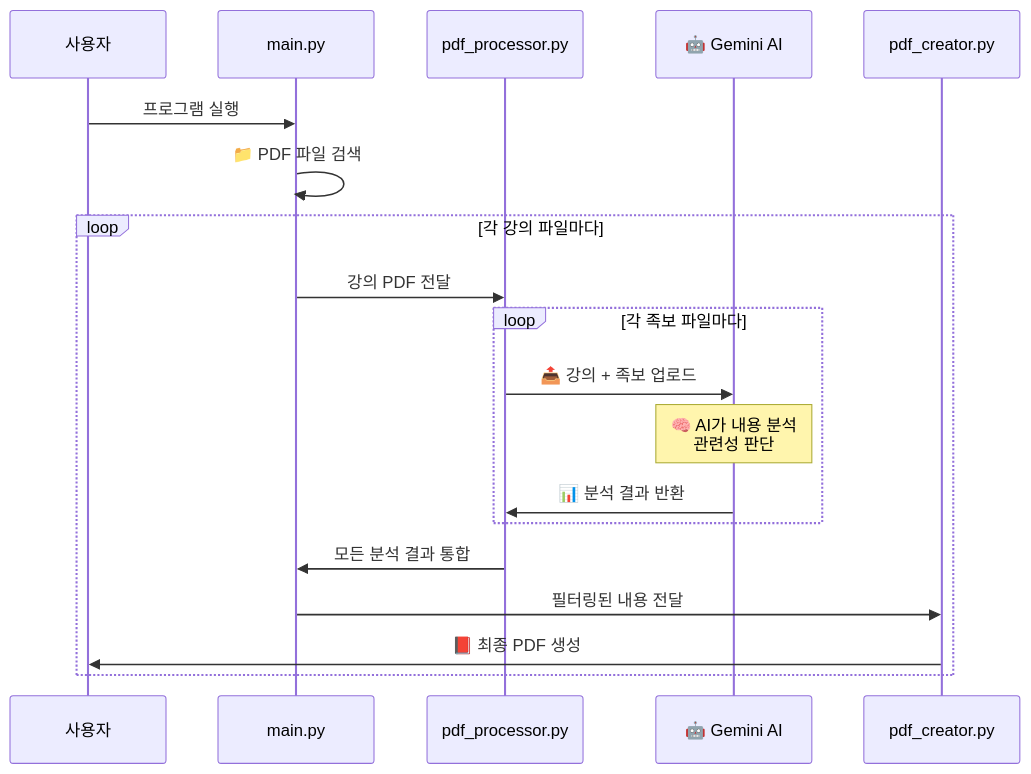
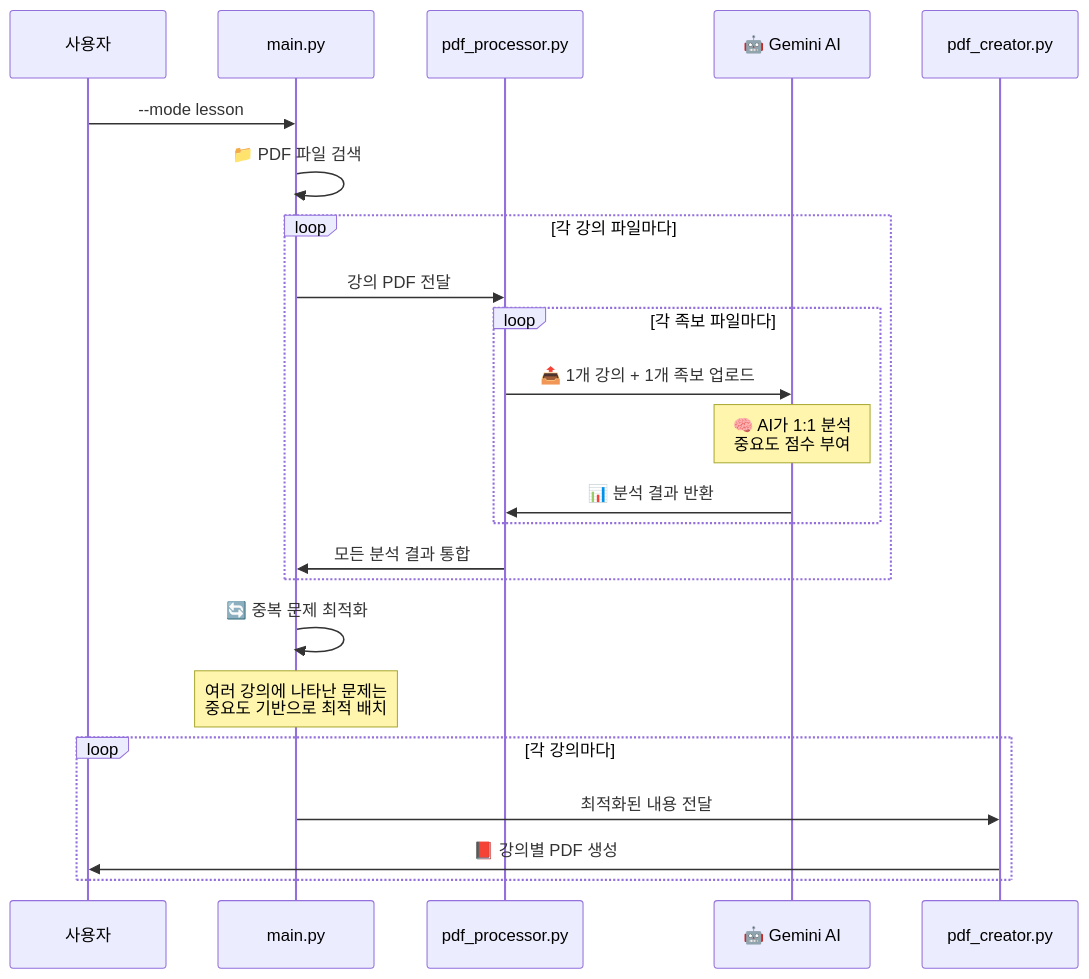
One commit to ksw6895/jokbodude changed the second of 4 diagrams in architecture.md. Above: the diagram before and after it, drawn with Mermaid. The commit also changed other lines of this file and 1 other file, not shown here.

First line of the commit message:
docs: README와 architecture.md에 모드 선택 기능 설명 추가

````diff
--- a/architecture.md
+++ b/architecture.md
@@ -27,25 +39,31 @@
 ```mermaid
 sequenceDiagram
     participant 사용자
     participant 메인프로그램 as main.py
     participant AI분석기 as pdf_processor.py
     participant Gemini as 🤖 Gemini AI
     participant PDF생성기 as pdf_creator.py
     
-    사용자->>메인프로그램: 프로그램 실행
+    사용자->>메인프로그램: --mode lesson
     메인프로그램->>메인프로그램: 📁 PDF 파일 검색
     
     loop 각 강의 파일마다
         메인프로그램->>AI분석기: 강의 PDF 전달
         
         loop 각 족보 파일마다
-            AI분석기->>Gemini: 📤 강의 + 족보 업로드
-            Note over Gemini: 🧠 AI가 내용 분석<br/>관련성 판단
+            AI분석기->>Gemini: 📤 1개 강의 + 1개 족보 업로드
+            Note over Gemini: 🧠 AI가 1:1 분석<br/>중요도 점수 부여
             Gemini->>AI분석기: 📊 분석 결과 반환
         end
         
         AI분석기->>메인프로그램: 모든 분석 결과 통합
-        메인프로그램->>PDF생성기: 필터링된 내용 전달
-        PDF생성기->>사용자: 📕 최종 PDF 생성
+    end
+    
+    메인프로그램->>메인프로그램: 🔄 중복 문제 최적화
+    Note over 메인프로그램: 여러 강의에 나타난 문제는<br/>중요도 기반으로 최적 배치
+    
+    loop 각 강의마다
+        메인프로그램->>PDF생성기: 최적화된 내용 전달
+        PDF생성기->>사용자: 📕 강의별 PDF 생성
     end
 ```
````
